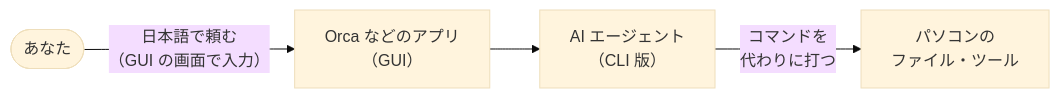
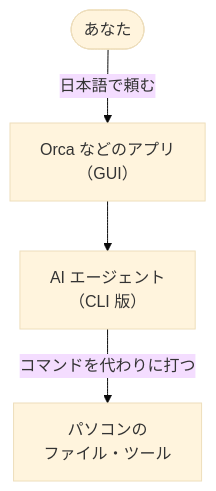
One commit to fujitamasayoshi0402/ai-dev-setup changed the second of 2 diagrams in docs/00-basics.md. Above: the diagram before and after it, drawn with Mermaid (base theme). The commit also changed other lines of this file and 5 other files, not shown here.

First line of the commit message:
docs: 図を縦長のレイアウトにして、GitHub のボタンと重ならないように修正

````diff
--- a/docs/00-basics.md
+++ b/docs/00-basics.md
@@ -94,6 +94,6 @@
 ```mermaid
-flowchart LR
-    you(["あなた"]) -- "日本語で頼む<br>（GUI の画面で入力）" --> orca["Orca などのアプリ<br>（GUI）"]
+flowchart TD
+    you(["あなた"]) -- "日本語で頼む" --> orca["Orca などのアプリ<br>（GUI）"]
     orca --> agent["AI エージェント<br>（CLI 版）"]
-    agent -- "コマンドを<br>代わりに打つ" --> pc["パソコンの<br>ファイル・ツール"]
+    agent -- "コマンドを代わりに打つ" --> pc["パソコンの<br>ファイル・ツール"]
 ```
````
